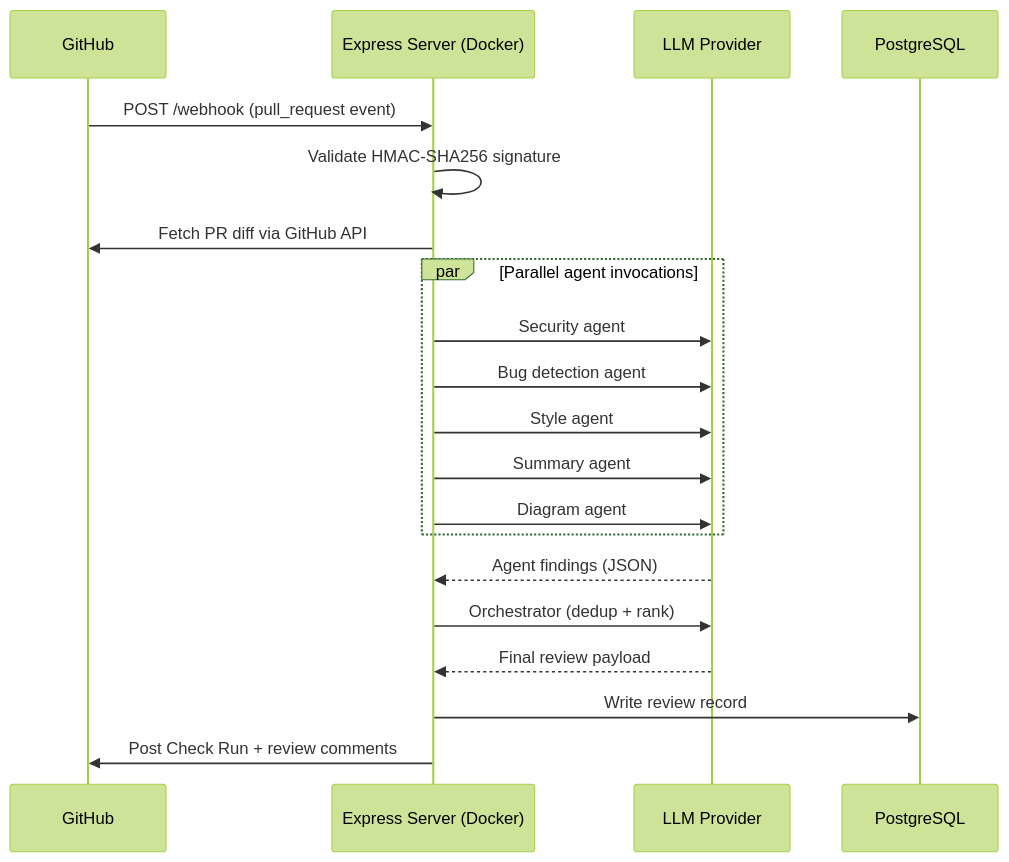
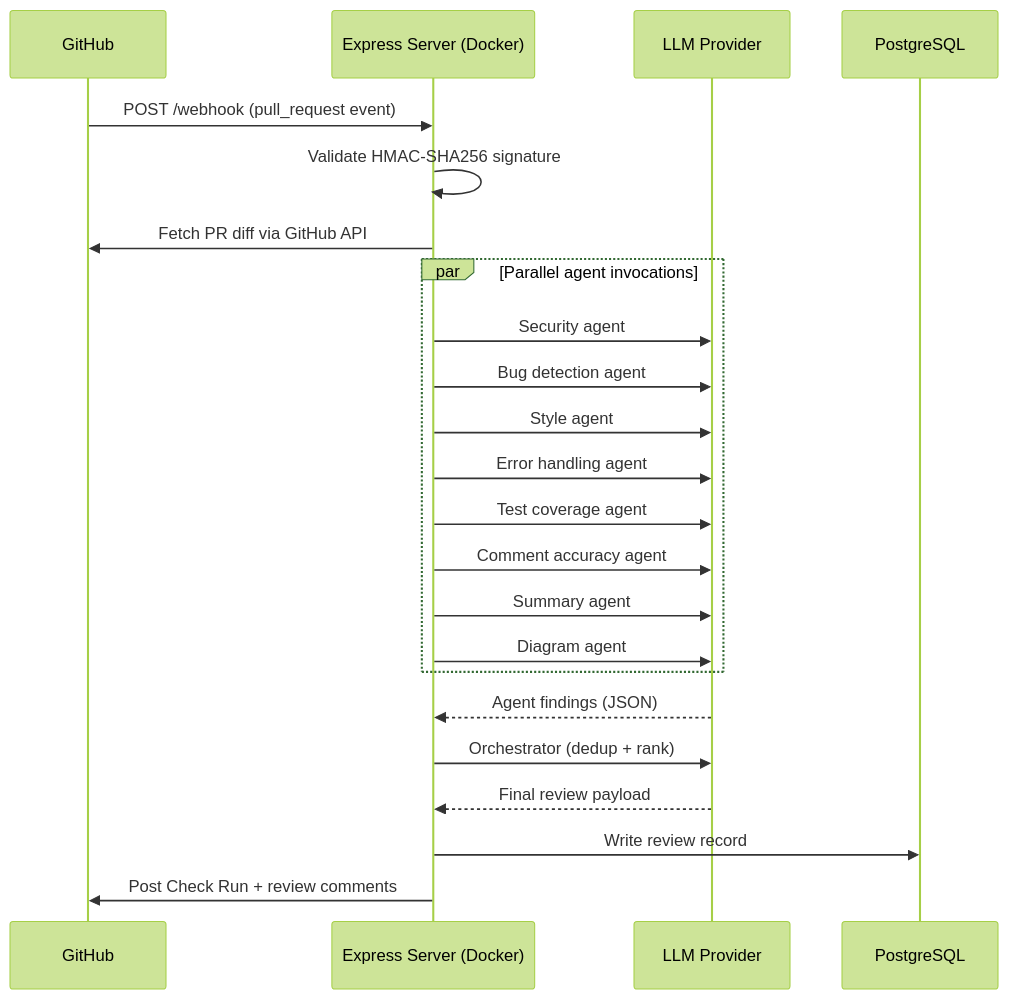
The second of 4 diagrams in overview/how-it-works.mdx (santthosh/documentation), drawn with Mermaid (forest theme) before and after one commit. The commit also changed other lines of this file and 5 other files, not shown here.

````diff
--- a/overview/how-it-works.mdx
+++ b/overview/how-it-works.mdx
@@ -52,23 +55,26 @@
 ```mermaid
 sequenceDiagram
     participant GH as GitHub
     participant EX as Express Server (Docker)
     participant LLM as LLM Provider
     participant PG as PostgreSQL
 
     GH->>EX: POST /webhook (pull_request event)
     EX->>EX: Validate HMAC-SHA256 signature
     EX->>GH: Fetch PR diff via GitHub API
     par Parallel agent invocations
         EX->>LLM: Security agent
         EX->>LLM: Bug detection agent
         EX->>LLM: Style agent
+        EX->>LLM: Error handling agent
+        EX->>LLM: Test coverage agent
+        EX->>LLM: Comment accuracy agent
         EX->>LLM: Summary agent
         EX->>LLM: Diagram agent
     end
     LLM-->>EX: Agent findings (JSON)
     EX->>LLM: Orchestrator (dedup + rank)
     LLM-->>EX: Final review payload
     EX->>PG: Write review record
     EX->>GH: Post Check Run + review comments
 ```
````
